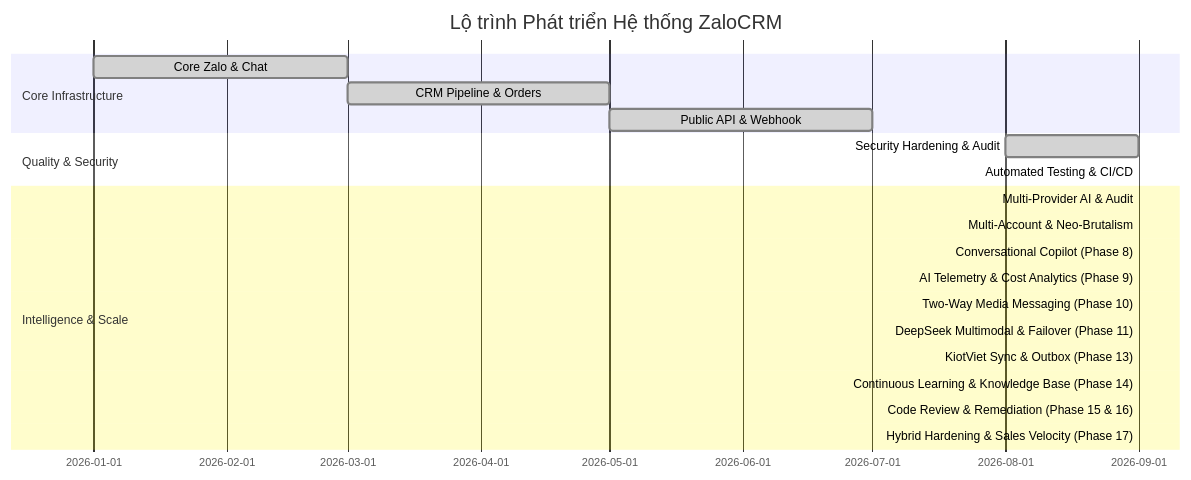
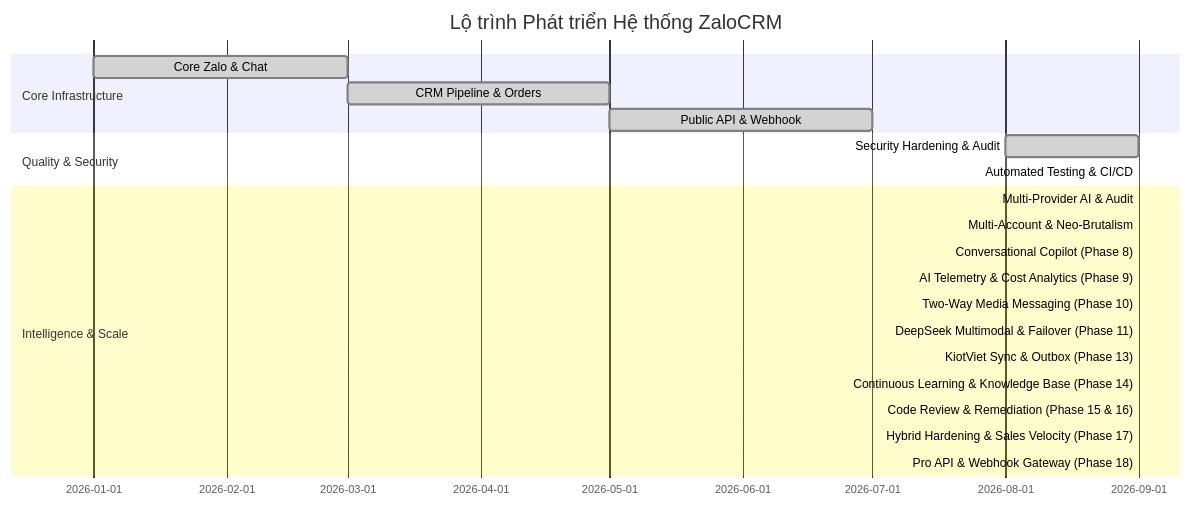
The diagram in docs/project-roadmap.md (duynghien/ZaloCRM), drawn with Mermaid before and after one commit. The commit also changed other lines of this file and 3 other files, not shown here.

First line of the commit message:
docs(api): update user guide and technical documentation for Pro API and Webhook Gateway

````diff
--- a/docs/project-roadmap.md
+++ b/docs/project-roadmap.md
@@ -7,23 +7,24 @@
 ```mermaid
 gantt
     title Lộ trình Phát triển Hệ thống ZaloCRM
     dateFormat  YYYY-MM
     section Core Infrastructure
     Core Zalo & Chat           :done,    des1, 2026-01, 2026-03
     CRM Pipeline & Orders      :done,    des2, 2026-03, 2026-05
     Public API & Webhook       :done,    des3, 2026-05, 2026-07
     section Quality & Security
     Security Hardening & Audit :done,    des4, 2026-08, 2026-09
     Automated Testing & CI/CD  :done,    des5, 2026-09, 2026-09
     section Intelligence & Scale
     Multi-Provider AI & Audit  :done,    des6, 2026-09, 2026-09
     Multi-Account & Neo-Brutalism :done, des7, 2026-09, 2026-09
     Conversational Copilot (Phase 8) :done, des8, 2026-09, 2026-09
     AI Telemetry & Cost Analytics (Phase 9) :done, des9, 2026-09, 2026-09
     Two-Way Media Messaging (Phase 10) :done, des10, 2026-09, 2026-09
     DeepSeek Multimodal & Failover (Phase 11) :done, des11, 2026-09, 2026-09
     KiotViet Sync & Outbox (Phase 13) :done, des13, 2026-09, 2026-09
     Continuous Learning & Knowledge Base (Phase 14) :done, des14, 2026-09, 2026-09
     Code Review & Remediation (Phase 15 & 16) :done, des15, 2026-09, 2026-09
     Hybrid Hardening & Sales Velocity (Phase 17) :done, des17, 2026-09, 2026-09
+    Pro API & Webhook Gateway (Phase 18) :done, des18, 2026-09, 2026-09
 ```
````
